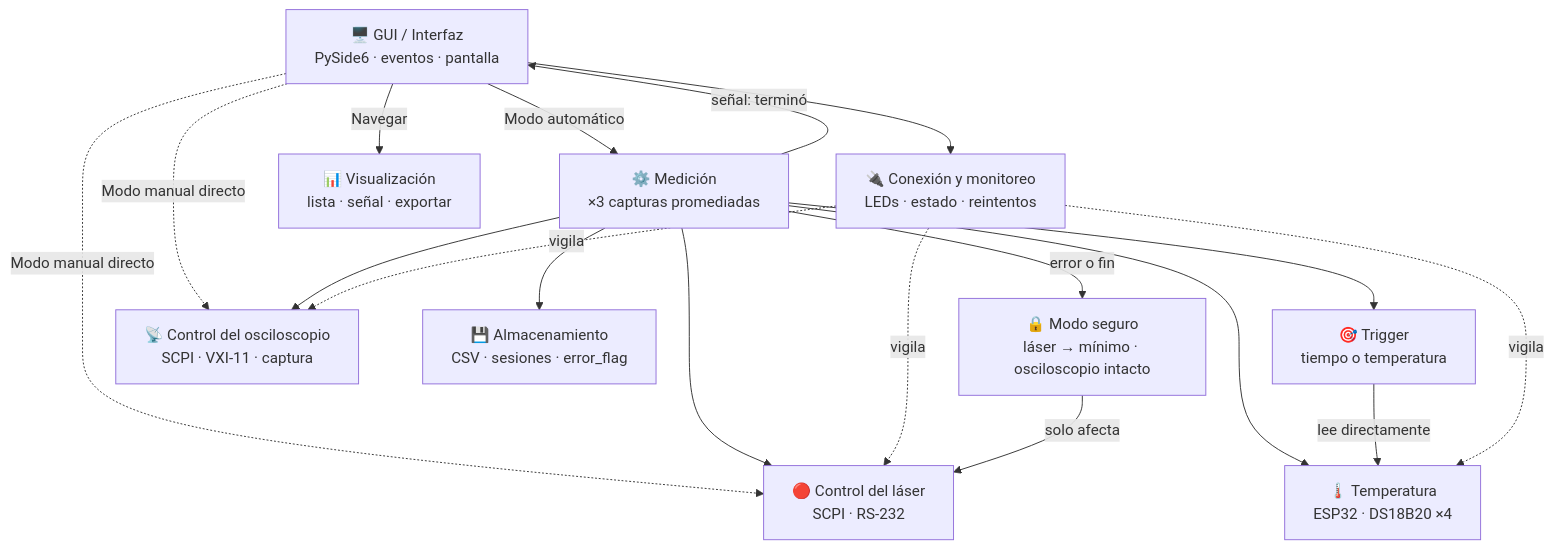
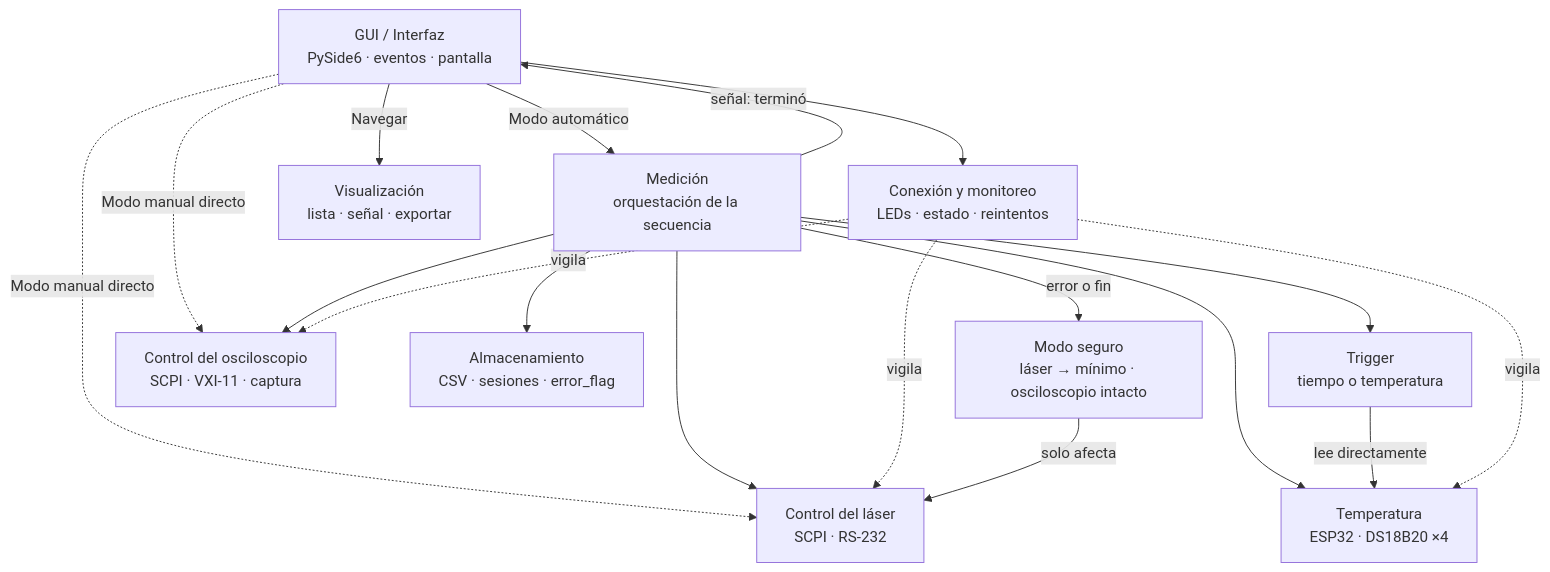
The diagram in Tesis documento/Diagramas/arquitectura_modulos_v3.mermaid (EvandherZarco/automatizacion_del_osciloscopio), drawn with Mermaid before and after one commit. The commit also changed 19 other files, not shown here.

Commit message:
Correcciones de redaccion en capitulos 2, 3, 4 y 5; diagrama de arquitectura; limpieza de diagramas mermaid

```diff
--- a/Tesis documento/Diagramas/arquitectura_modulos_v3.mermaid
+++ b/Tesis documento/Diagramas/arquitectura_modulos_v3.mermaid
@@ -1,72 +1,72 @@
 flowchart TD
 
     %% ─────────────────────────────
     %% CAPA DE PRESENTACIÓN
     %% ─────────────────────────────
-    GUI["🖥️ GUI / Interfaz\nPySide6 · eventos · pantalla"]
+    GUI["GUI / Interfaz\nPySide6 · eventos · pantalla"]
 
     %% ─────────────────────────────
     %% CAPA DE COORDINACIÓN
     %% ─────────────────────────────
-    CONN["🔌 Conexión y monitoreo\nLEDs · estado · reintentos"]
-    MED["⚙️ Medición\n×3 capturas promediadas"]
+    CONN["Conexión y monitoreo\nLEDs · estado · reintentos"]
+    MED["Medición\norquestación de la secuencia"]
 
     %% ─────────────────────────────
     %% CAPA DE LÓGICA
     %% ─────────────────────────────
-    TRIG["🎯 Trigger\ntiempo o temperatura"]
+    TRIG["Trigger\ntiempo o temperatura"]
 
     %% ─────────────────────────────
     %% CAPA DE HARDWARE
     %% ─────────────────────────────
-    LASER["🔴 Control del láser\nSCPI · RS-232"]
-    OSCIL["📡 Control del osciloscopio\nSCPI · VXI-11 · captura"]
-    TEMP["🌡️ Temperatura\nESP32 · DS18B20 ×4"]
+    LASER["Control del láser\nSCPI · RS-232"]
+    OSCIL["Control del osciloscopio\nSCPI · VXI-11 · captura"]
+    TEMP["Temperatura\nESP32 · DS18B20 ×4"]
 
     %% ─────────────────────────────
     %% CAPA DE DATOS
     %% ─────────────────────────────
-    STORE["💾 Almacenamiento\nCSV · sesiones · error_flag"]
-    VIZ["📊 Visualización\nlista · señal · exportar"]
+    STORE["Almacenamiento\nCSV · sesiones · error_flag"]
+    VIZ["Visualización\nlista · señal · exportar"]
 
     %% ─────────────────────────────
     %% SEGURIDAD
     %% ─────────────────────────────
-    SAFE["🔒 Modo seguro\nláser → mínimo · osciloscopio intacto"]
+    SAFE["Modo seguro\nláser → mínimo · osciloscopio intacto"]
 
     %% ─────────────────────────────
     %% CONEXIONES — GUI
     %% ─────────────────────────────
     GUI --> CONN
     GUI --> |Modo automático| MED
     GUI -.-> |Modo manual directo| LASER
     GUI -.-> |Modo manual directo| OSCIL
     GUI --> |Navegar| VIZ
 
     %% ─────────────────────────────
     %% CONEXIONES — MEDICIÓN (orquestador)
     %% ─────────────────────────────
     MED --> TRIG
     MED --> LASER
     MED --> OSCIL
     MED --> TEMP
     MED --> STORE
     MED --> |error o fin| SAFE
     MED --> |señal: terminó| GUI
 
     %% ─────────────────────────────
     %% CONEXIONES — TRIGGER
     %% ─────────────────────────────
     TRIG --> |lee directamente| TEMP
 
     %% ─────────────────────────────
     %% CONEXIONES — MONITOREO (pasivo)
     %% ─────────────────────────────
     CONN -.-> |vigila| LASER
     CONN -.-> |vigila| OSCIL
     CONN -.-> |vigila| TEMP
 
     %% ─────────────────────────────
     %% CONEXIONES — MODO SEGURO
     %% ─────────────────────────────
     SAFE --> |solo afecta| LASER
```
